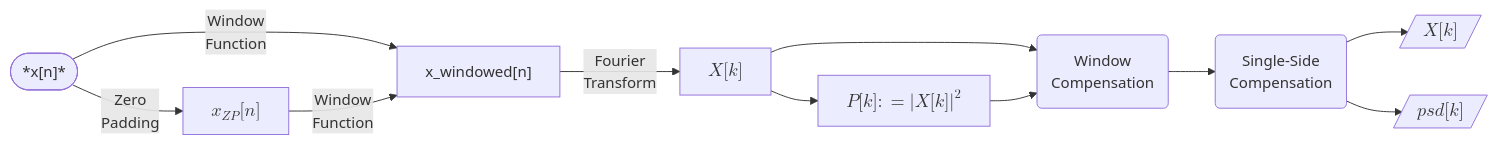
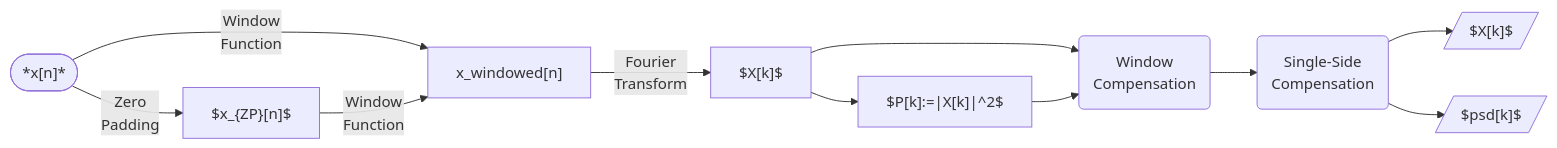
The second of 4 diagrams in docs/README.md (jiutongzhao/Time-Series-Data-Analysis), drawn with Mermaid before and after one commit. The commit also changed other lines of this file, not shown here.

````diff
--- a/docs/README.md
+++ b/docs/README.md
@@ -413,32 +410,32 @@
 ```mermaid
 graph LR
 
 A(["*x[n]*"]) -->|Window 
 Function|B@{ shape: rect, label: "x_windowed[n]" }
 
 A-->|Zero
-Padding|C@{shape:rect, label: "$$x_{ZP}[n]$$"}
+Padding|C@{shape:rect, label: "$x_{ZP}[n]$"}
 
 C -->|Window
 Function|B
 
 B -->|Fourier
-Transform|D@{shape: rect, label: "$$X[k]$$"}
+Transform|D@{shape: rect, label: "$X[k]$"}
 
-D -->H["$$P[k]:=|X[k]|^2$$"]
+D -->H["$P[k]:=|X[k]|^2$"]
 
 D --> E(Window
 Compensation)
 
 E --> F(Single-Side
 Compensation)
 
-F --> G@{ shape: lean-r, label: "$$X[k]$$"}
+F --> G@{ shape: lean-r, label: "$X[k]$"}
 
 
 H --> E(Window
 Compensation)
 
-F --> K@{ shape: lean-r, label: "$$psd[k]$$"}
+F --> K@{ shape: lean-r, label: "$psd[k]$"}
 
 ```
````
